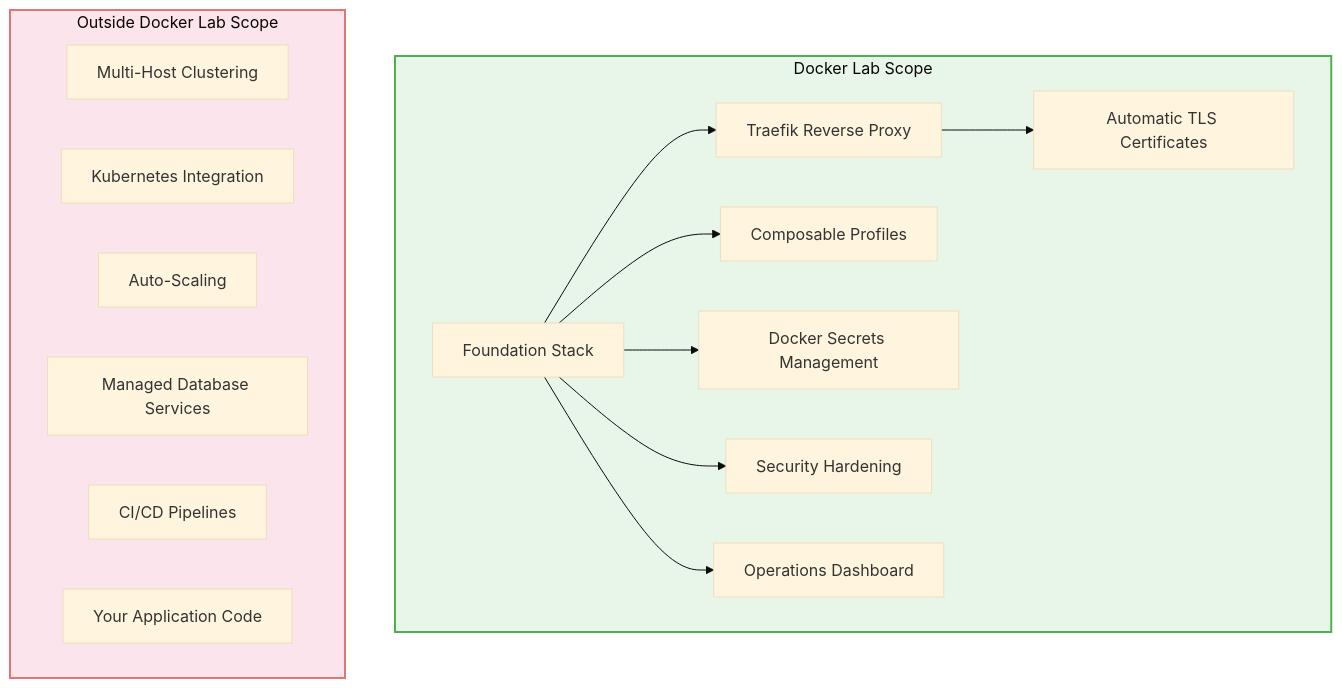
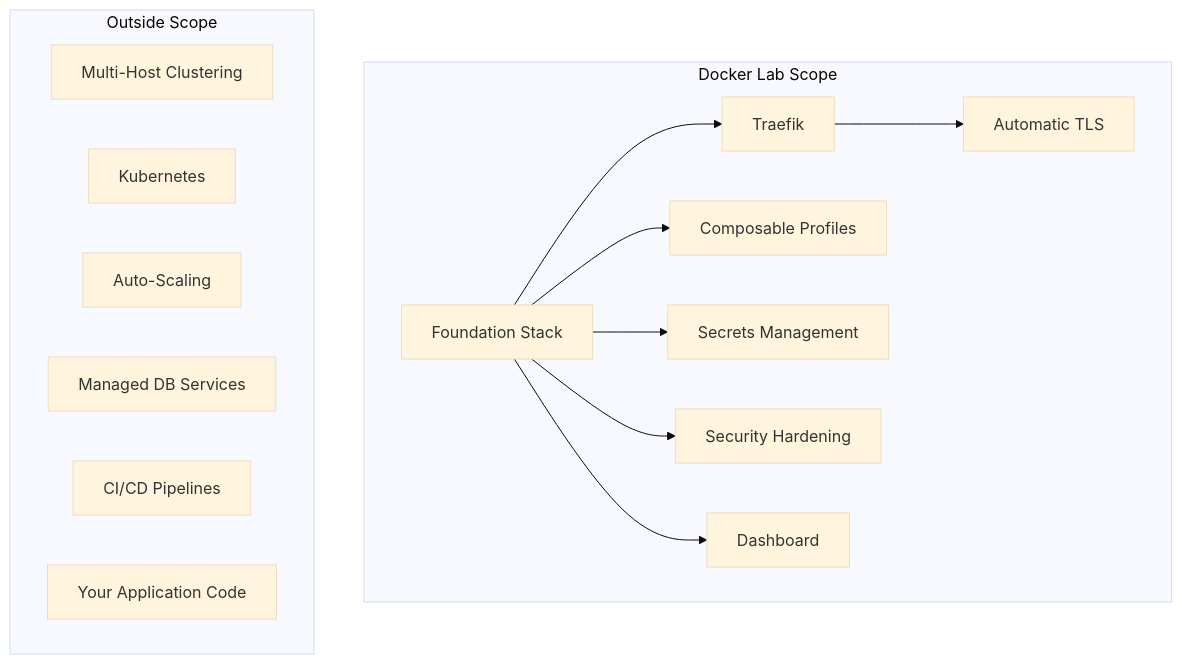
Before and after one commit to peermesh/docker-lab-docs: the diagram in docs/limitations.md, drawn with Mermaid (base theme). The commit also changed 13 other files, not shown here.

First line of the commit message:
fix: improve diagram legibility and icon rendering

````diff
--- a/docs/limitations.md
+++ b/docs/limitations.md
@@ -19,31 +19,28 @@
 ```mermaid
 flowchart TB
     subgraph InScope["Docker Lab Scope"]
         Foundation["Foundation Stack"]
-        ReverseProxy["Traefik Reverse Proxy"]
-        TLS["Automatic TLS Certificates"]
+        ReverseProxy["Traefik"]
+        TLS["Automatic TLS"]
         Profiles["Composable Profiles"]
-        Secrets["Docker Secrets Management"]
+        Secrets["Secrets Management"]
         Hardening["Security Hardening"]
-        Dashboard["Operations Dashboard"]
+        Dashboard["Dashboard"]
     end
 
-    subgraph OutOfScope["Outside Docker Lab Scope"]
+    subgraph OutOfScope["Outside Scope"]
         MultiHost["Multi-Host Clustering"]
-        Kubernetes["Kubernetes Integration"]
+        Kubernetes["Kubernetes"]
         AutoScale["Auto-Scaling"]
-        ManagedDB["Managed Database Services"]
+        ManagedDB["Managed DB Services"]
         CICD["CI/CD Pipelines"]
         AppCode["Your Application Code"]
     end
 
     Foundation --> ReverseProxy
     ReverseProxy --> TLS
     Foundation --> Profiles
     Foundation --> Secrets
     Foundation --> Hardening
     Foundation --> Dashboard
-
-    style InScope fill:#e8f5e9,stroke:#4caf50,stroke-width:2px
-    style OutOfScope fill:#fce4ec,stroke:#e57373,stroke-width:2px
 ```
````
